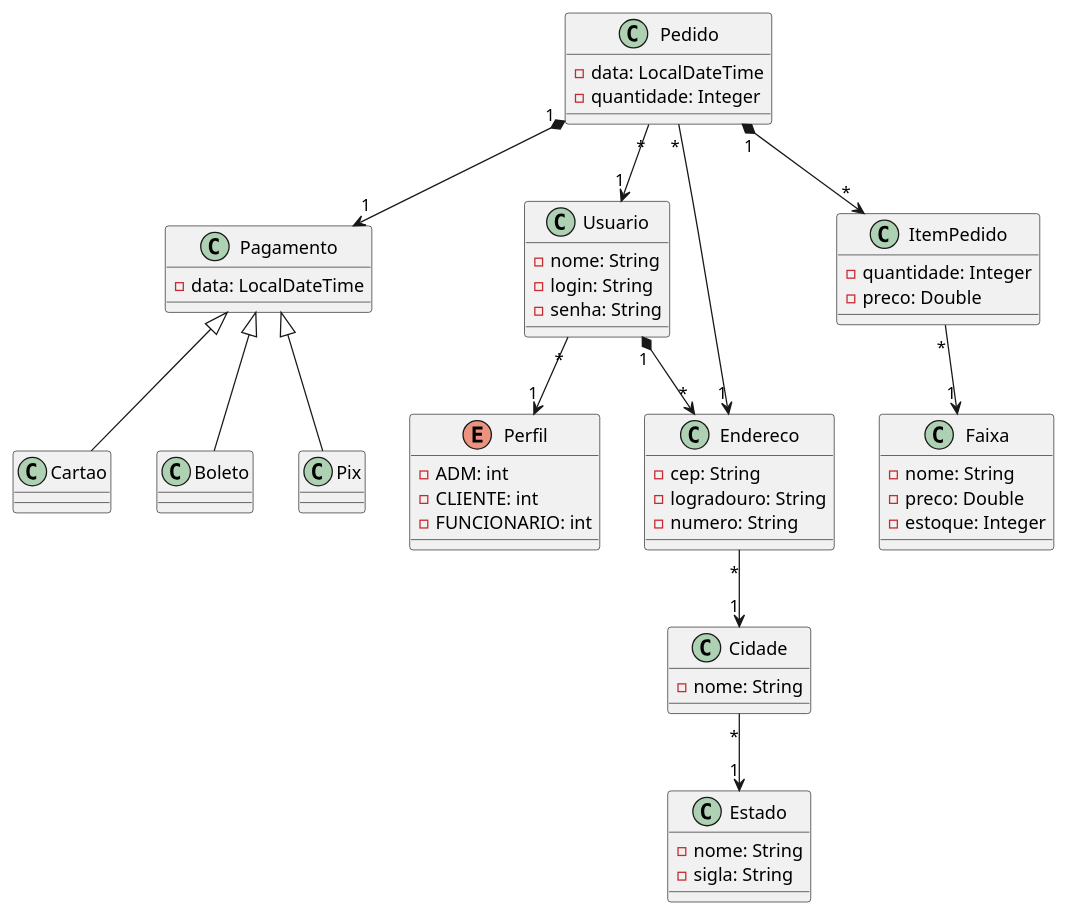
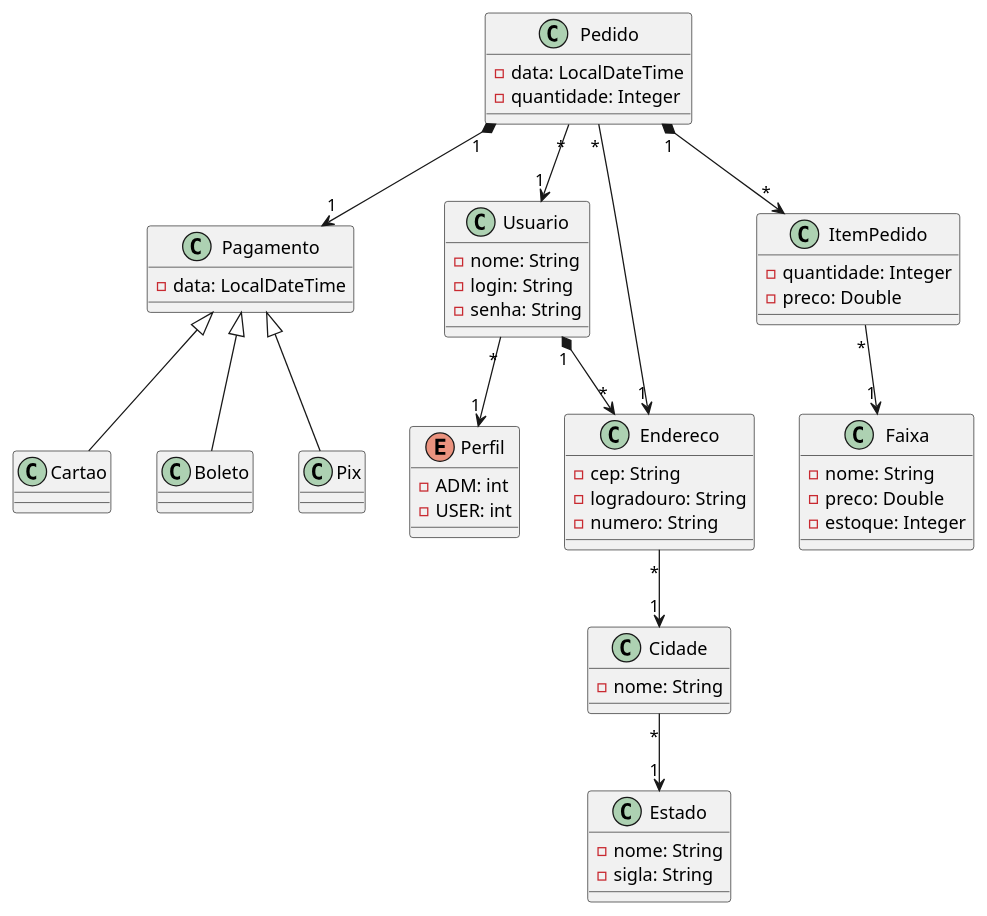
The diagram in src/main/resources/Exemplo.plantuml (janiojunior/sga-api-tp1), drawn with PlantUML before and after one commit. The commit also changed 12 other files, not shown here.

```diff
--- a/src/main/resources/Exemplo.plantuml
+++ b/src/main/resources/Exemplo.plantuml
@@ -1,82 +1,81 @@
 @startuml
 
 class Usuario {
    - nome: String
    - login: String
    - senha: String
 }
 
 enum Perfil {
     - ADM: int
-    - CLIENTE: int
-    - FUNCIONARIO: int
+    - USER: int
 }
 
 class Endereco {
     - cep: String
     - logradouro: String
     - numero: String
 }
 
 class Cidade {
    - nome: String 
 }
 
 class Estado {
     - nome: String
     - sigla: String
 }
 
 
 class Pedido {
     - data: LocalDateTime
     - quantidade: Integer
 }
 
 class ItemPedido {
     - quantidade: Integer
     - preco: Double
 }
 
 
 class Faixa {
     - nome: String
     - preco: Double
     - estoque: Integer
 }
 
 class Pagamento {
     - data: LocalDateTime
 }
 
 class Cartao {
 
 }
 
 class Boleto {
 
 }
 
 class Pix {
 
 }
 
 Cidade "*" --> "1" Estado
 Endereco "*" --> "1" Cidade
 
 Usuario "1" *--> "*" Endereco
 Usuario "*" --> "1" Perfil
 
 Pedido "*" --> "1" Usuario
 Pedido "1" *--> "*" ItemPedido
 Pedido "*" --> "1" Endereco
 
 Pedido "1" *--> "1" Pagamento
 
 ItemPedido  "*" --> "1" Faixa
 
 Pix -up-|> Pagamento
 Cartao -up-|> Pagamento
 Boleto -up-|> Pagamento
 
 @enduml
```
